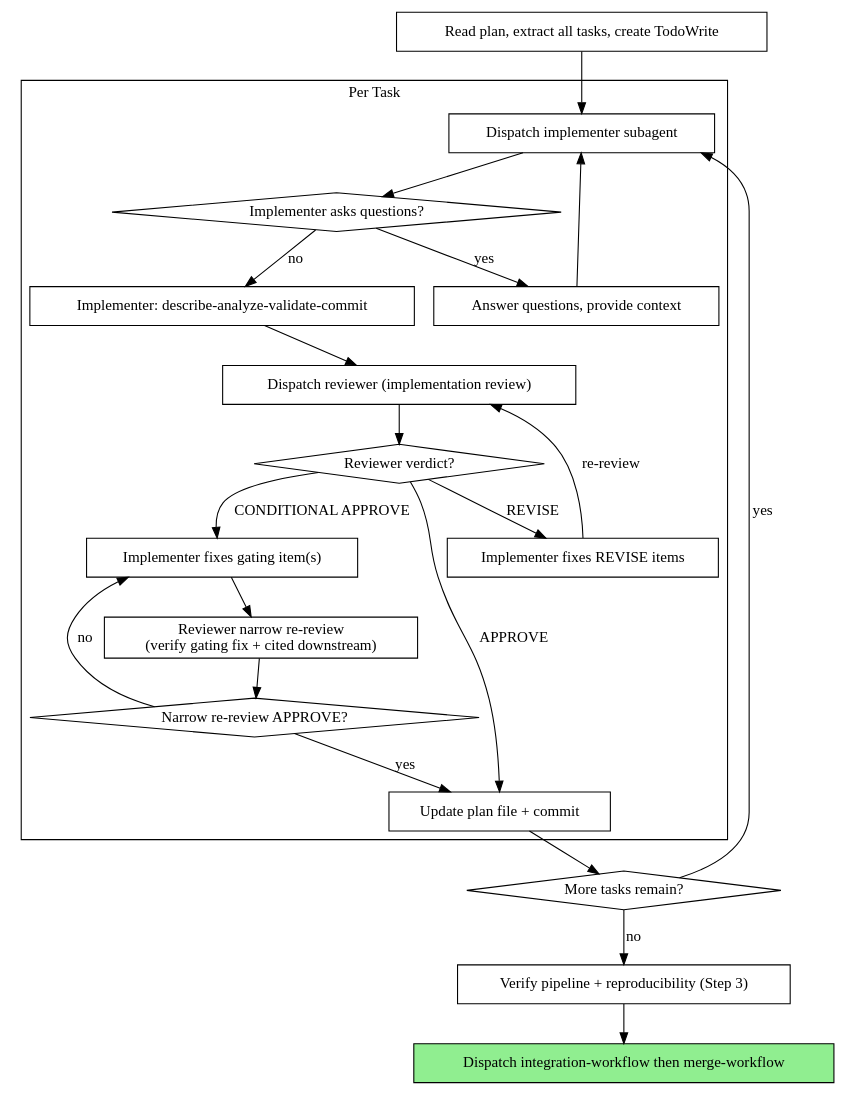
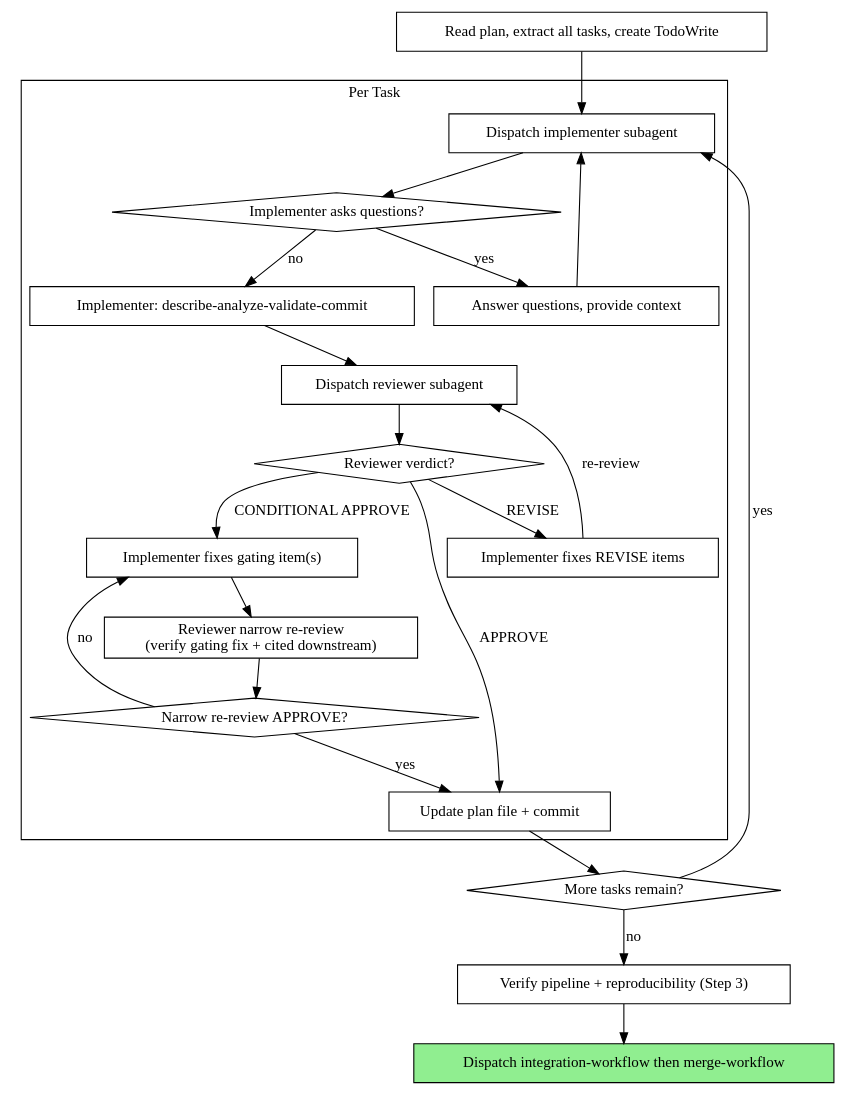
Before and after one commit to FuZhiyu/superRA: the second of 2 diagrams in skills/execution-workflow/SKILL.md, drawn with Graphviz. The commit also changed 12 other files, not shown here.

First line of the commit message:
refactor: address Stage 2 integration review REVISE (11 findings)

````diff
--- a/skills/execution-workflow/SKILL.md
+++ b/skills/execution-workflow/SKILL.md
@@ -59,45 +59,45 @@
 ```dot
 digraph process {
     rankdir=TB;
 
     subgraph cluster_per_task {
         label="Per Task";
         "Dispatch implementer subagent" [shape=box];
         "Implementer asks questions?" [shape=diamond];
         "Answer questions, provide context" [shape=box];
         "Implementer: describe-analyze-validate-commit" [shape=box];
-        "Dispatch reviewer (implementation review)" [shape=box];
+        "Dispatch reviewer subagent" [shape=box];
         "Reviewer verdict?" [shape=diamond];
         "Implementer fixes REVISE items" [shape=box];
         "Implementer fixes gating item(s)" [shape=box];
         "Reviewer narrow re-review\n(verify gating fix + cited downstream)" [shape=box];
         "Narrow re-review APPROVE?" [shape=diamond];
         "Update plan file + commit" [shape=box];
     }
 
     "Read plan, extract all tasks, create TodoWrite" [shape=box];
     "More tasks remain?" [shape=diamond];
     "Verify pipeline + reproducibility (Step 3)" [shape=box];
     "Dispatch integration-workflow then merge-workflow" [shape=box style=filled fillcolor=lightgreen];
 
     "Read plan, extract all tasks, create TodoWrite" -> "Dispatch implementer subagent";
     "Dispatch implementer subagent" -> "Implementer asks questions?";
     "Implementer asks questions?" -> "Answer questions, provide context" [label="yes"];
     "Answer questions, provide context" -> "Dispatch implementer subagent";
     "Implementer asks questions?" -> "Implementer: describe-analyze-validate-commit" [label="no"];
-    "Implementer: describe-analyze-validate-commit" -> "Dispatch reviewer (implementation review)";
-    "Dispatch reviewer (implementation review)" -> "Reviewer verdict?";
+    "Implementer: describe-analyze-validate-commit" -> "Dispatch reviewer subagent";
+    "Dispatch reviewer subagent" -> "Reviewer verdict?";
     "Reviewer verdict?" -> "Implementer fixes REVISE items" [label="REVISE"];
-    "Implementer fixes REVISE items" -> "Dispatch reviewer (implementation review)" [label="re-review"];
+    "Implementer fixes REVISE items" -> "Dispatch reviewer subagent" [label="re-review"];
     "Reviewer verdict?" -> "Implementer fixes gating item(s)" [label="CONDITIONAL APPROVE"];
     "Implementer fixes gating item(s)" -> "Reviewer narrow re-review\n(verify gating fix + cited downstream)";
     "Reviewer narrow re-review\n(verify gating fix + cited downstream)" -> "Narrow re-review APPROVE?";
     "Narrow re-review APPROVE?" -> "Implementer fixes gating item(s)" [label="no"];
     "Narrow re-review APPROVE?" -> "Update plan file + commit" [label="yes"];
     "Reviewer verdict?" -> "Update plan file + commit" [label="APPROVE"];
     "Update plan file + commit" -> "More tasks remain?";
     "More tasks remain?" -> "Dispatch implementer subagent" [label="yes"];
     "More tasks remain?" -> "Verify pipeline + reproducibility (Step 3)" [label="no"];
     "Verify pipeline + reproducibility (Step 3)" -> "Dispatch integration-workflow then merge-workflow";
 }
 ```
````
